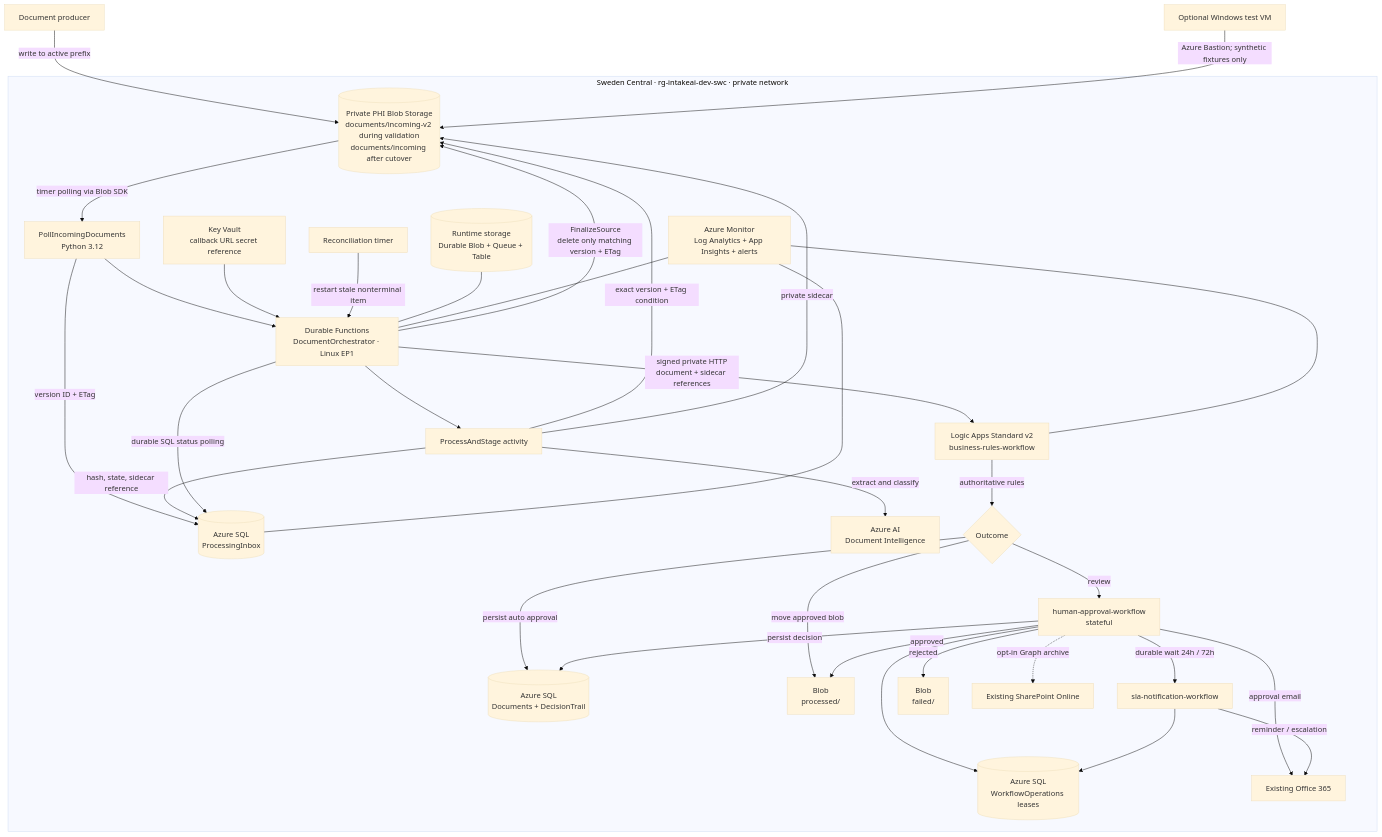
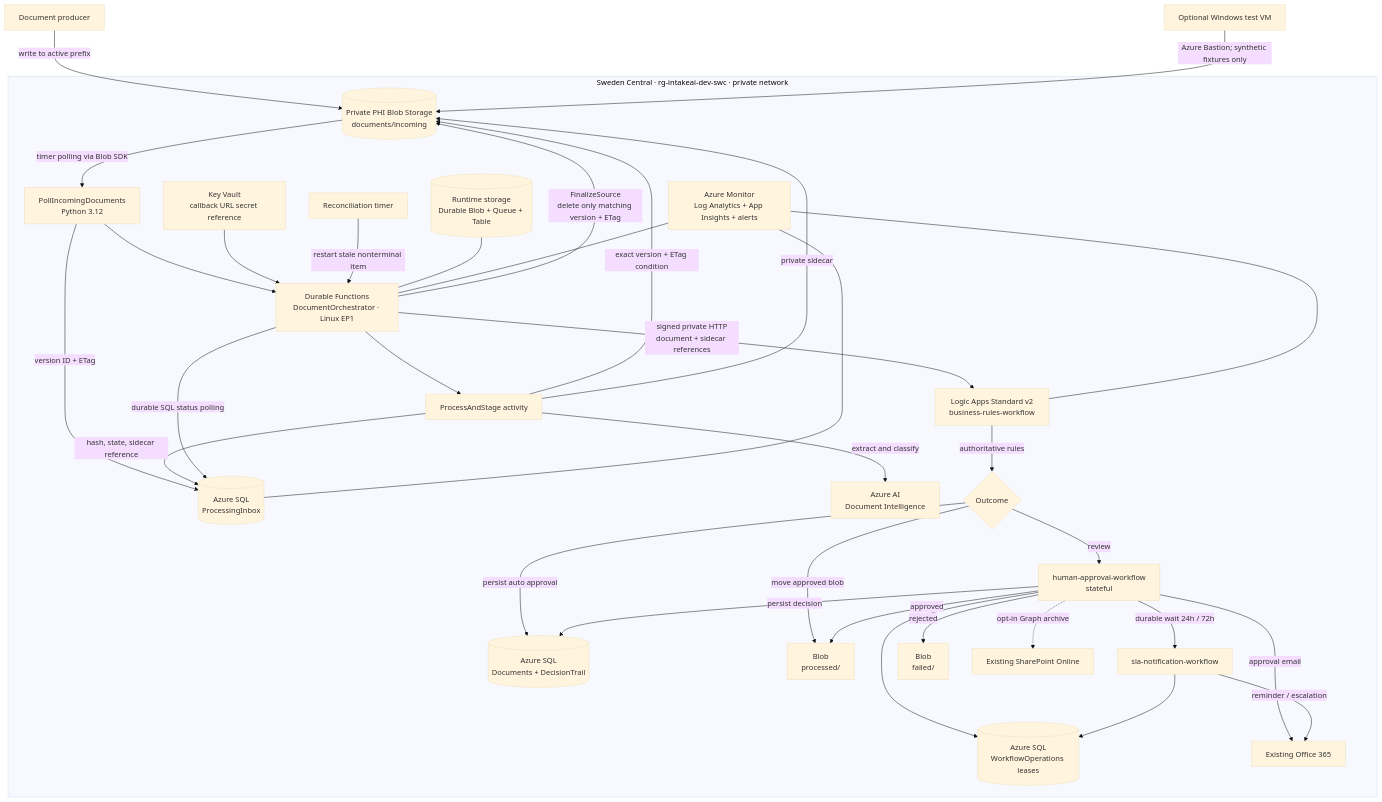
One commit to prashantnayak/DocumentIntakeAIWorkshop changed the diagram in docs/diagram/README.md. Above: the diagram before and after it, drawn with Mermaid (base theme). The commit also changed 8 other files, not shown here.

````diff
--- a/docs/diagram/README.md
+++ b/docs/diagram/README.md
@@ -7,44 +7,44 @@
 ```mermaid
 flowchart TB
-    Producer[Document producer] -->|write to active prefix| Phi[(Private PHI Blob Storage<br/>documents/incoming-v2 during validation<br/>documents/incoming after cutover)]
+    Producer[Document producer] -->|write to active prefix| Phi[(Private PHI Blob Storage<br/>documents/incoming)]
 
     subgraph PrivateAzure["Sweden Central · rg-intakeai-dev-swc · private network"]
         Phi -->|timer polling via Blob SDK| Starter[PollIncomingDocuments<br/>Python 3.12]
         Starter -->|version ID + ETag| Inbox[(Azure SQL<br/>ProcessingInbox)]
         Starter --> Durable[Durable Functions<br/>DocumentOrchestrator · Linux EP1]
 
         Durable --> Process[ProcessAndStage activity]
         Process -->|exact version + ETag condition| Phi
         Process -->|extract and classify| DI[Azure AI<br/>Document Intelligence]
         Process -->|hash, state, sidecar reference| Inbox
         Process -->|private sidecar| Phi
 
         Durable -->|signed private HTTP<br/>document + sidecar references| Rules[Logic Apps Standard v2<br/>business-rules-workflow]
         KV[Key Vault<br/>callback URL secret reference] --> Durable
         Rules -->|authoritative rules| Auto{Outcome}
 
         Auto -->|persist auto approval| Records[(Azure SQL<br/>Documents + DecisionTrail)]
         Auto -->|move approved blob| Processed[Blob<br/>processed/]
         Auto -->|review| Approval[human-approval-workflow<br/>stateful]
         Approval --> Ops[(Azure SQL<br/>WorkflowOperations leases)]
         Approval -->|approval email| O365[Existing Office 365]
         Approval -->|durable wait 24h / 72h| SLA[sla-notification-workflow]
         SLA -->|reminder / escalation| O365
         SLA --> Ops
         Approval -->|persist decision| Records
         Approval -->|approved| Processed
         Approval -->|rejected| Failed[Blob<br/>failed/]
         Approval -. opt-in Graph archive .-> SP[Existing SharePoint Online]
 
         Durable -->|durable SQL status polling| Inbox
         Durable -->|FinalizeSource<br/>delete only matching version + ETag| Phi
         Reconcile[Reconciliation timer] -->|restart stale nonterminal item| Durable
         Runtime[(Runtime storage<br/>Durable Blob + Queue + Table)] --- Durable
 
         Monitor[Azure Monitor<br/>Log Analytics + App Insights + alerts] --- Durable
         Monitor --- Rules
         Monitor --- Inbox
     end
 
     VM[Optional Windows test VM] -->|Azure Bastion; synthetic fixtures only| Phi
 ```
````
